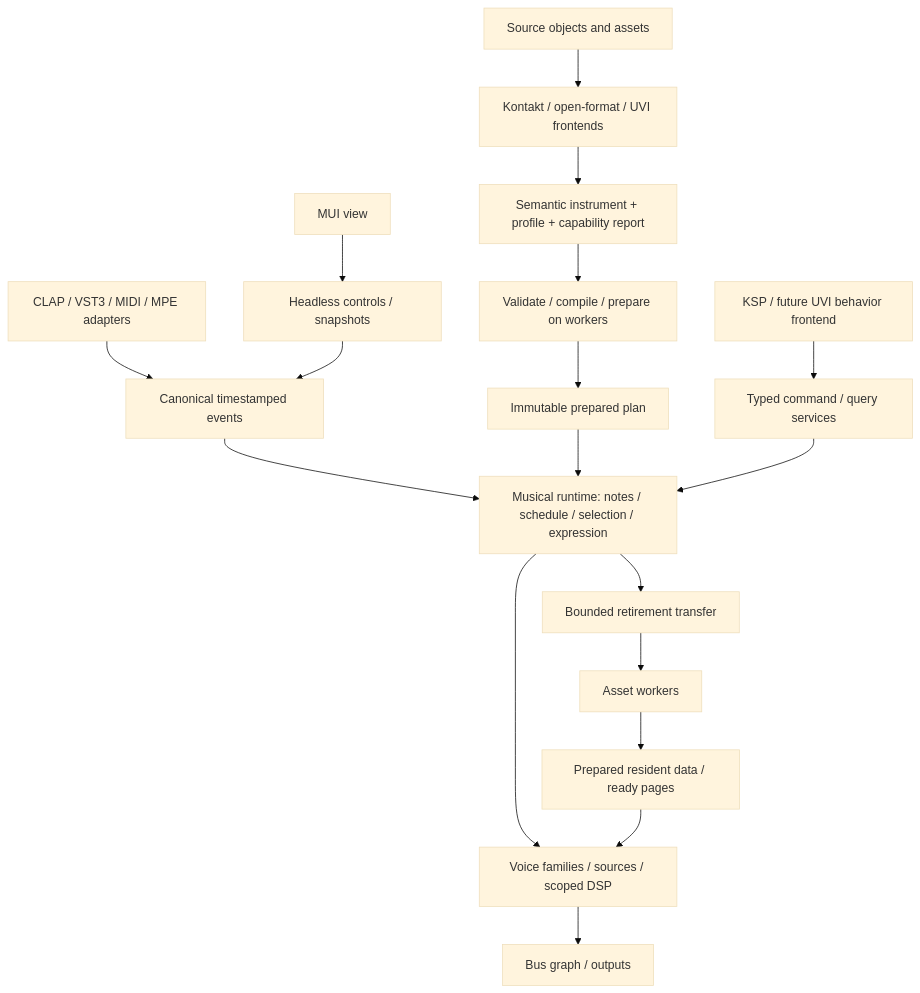
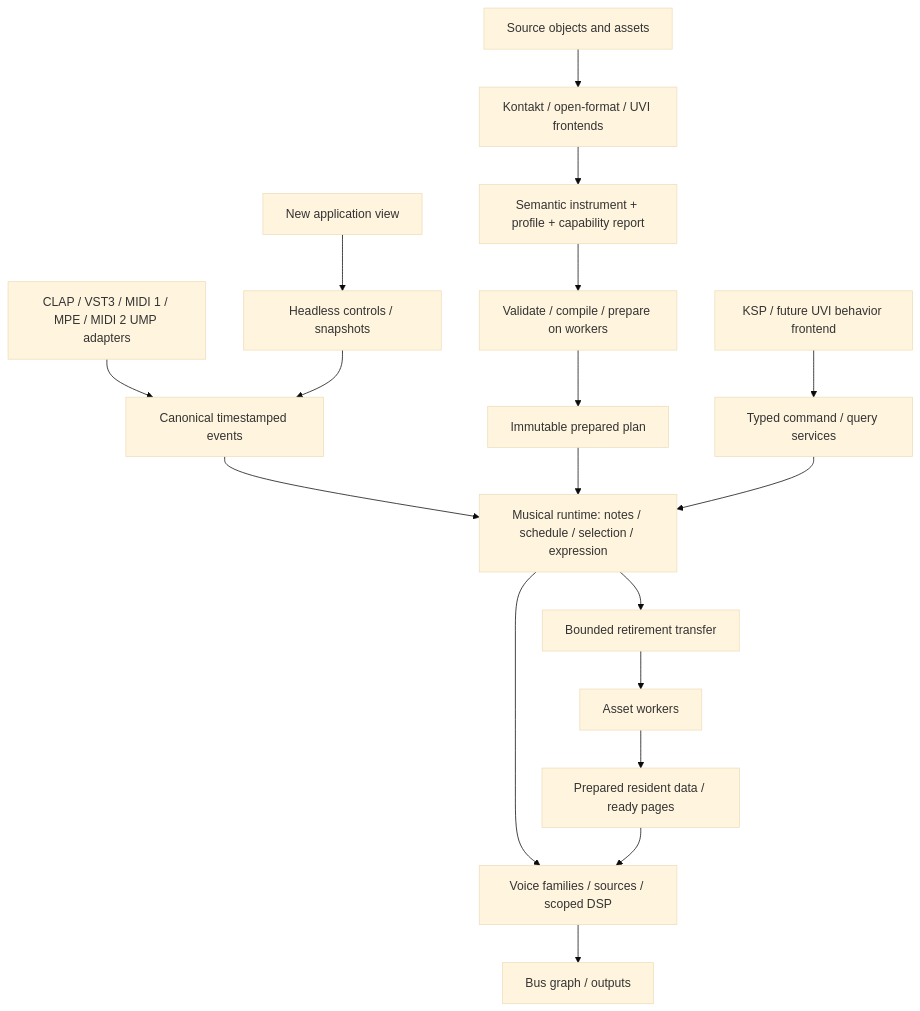
The diagram in docs/architecture-v2/PLAN.md (DerpcatMusic/KONTRA), drawn with Mermaid (base theme) before and after one commit. The commit also changed other lines of this file and 4 other files, not shown here.

````diff
--- a/docs/architecture-v2/PLAN.md
+++ b/docs/architecture-v2/PLAN.md
@@ -21,20 +40,20 @@
 ```mermaid
 flowchart TD
     Source[Source objects and assets] --> Frontend[Kontakt / open-format / UVI frontends]
     Frontend --> Semantic[Semantic instrument + profile + capability report]
     Semantic --> Prepare[Validate / compile / prepare on workers]
     Prepare --> Plan[Immutable prepared plan]
-    Host[CLAP / VST3 / MIDI / MPE adapters] --> Events[Canonical timestamped events]
+    Host[CLAP / VST3 / MIDI 1 / MPE / MIDI 2 UMP adapters] --> Events[Canonical timestamped events]
     Events --> Runtime[Musical runtime: notes / schedule / selection / expression]
     Plan --> Runtime
     Language[KSP / future UVI behavior frontend] --> Services[Typed command / query services]
     Services --> Runtime
     Runtime --> Voice[Voice families / sources / scoped DSP]
     Voice --> Output[Bus graph / outputs]
     Worker[Asset workers] --> Pages[Prepared resident data / ready pages]
     Pages --> Voice
     Runtime --> Retire[Bounded retirement transfer]
     Retire --> Worker
     State[Headless controls / snapshots] --> Events
-    UI[MUI view] --> State
+    UI[New application view] --> State
 ```
````
